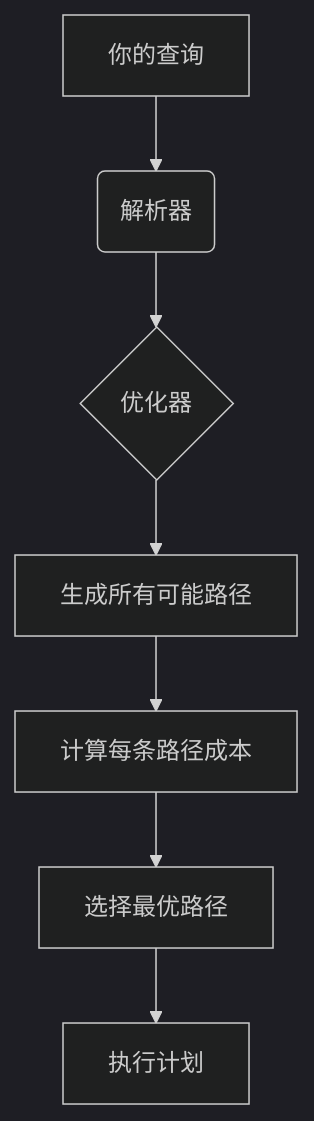
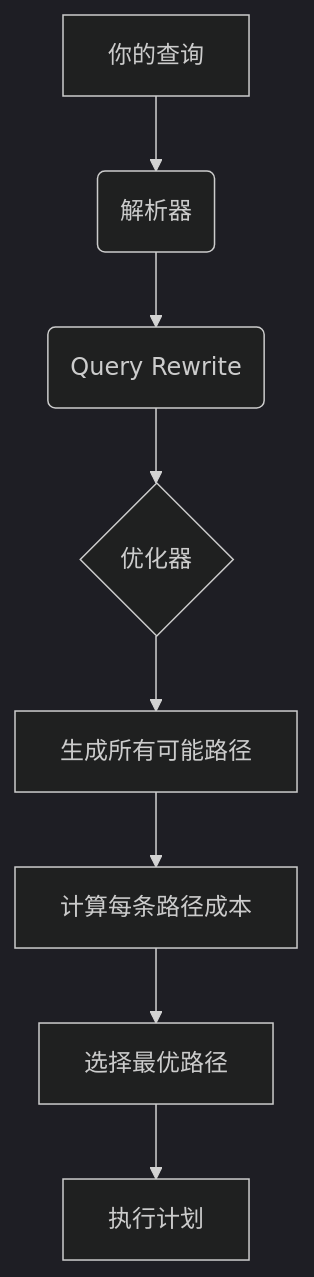
One commit to digoal/blog changed the first of 15 diagrams in 202503/20250310_02.md. Above: the diagram before and after it, drawn with Mermaid (dark theme).

````diff
--- a/202503/20250310_02.md
+++ b/202503/20250310_02.md
@@ -20,9 +20,10 @@
 ```mermaid  
 graph TD  
-    A[你的查询] --> B(解析器)  
-    B --> C{优化器}  
+    A[你的查询] --> B(解析器)
+    B --> X(Query Rewrite)
+    X --> C{优化器}  
     C --> D[生成所有可能路径]  
     D --> E[计算每条路径成本]  
     E --> F[选择最优路径]  
     F --> G[执行计划]  
 ```  
````
